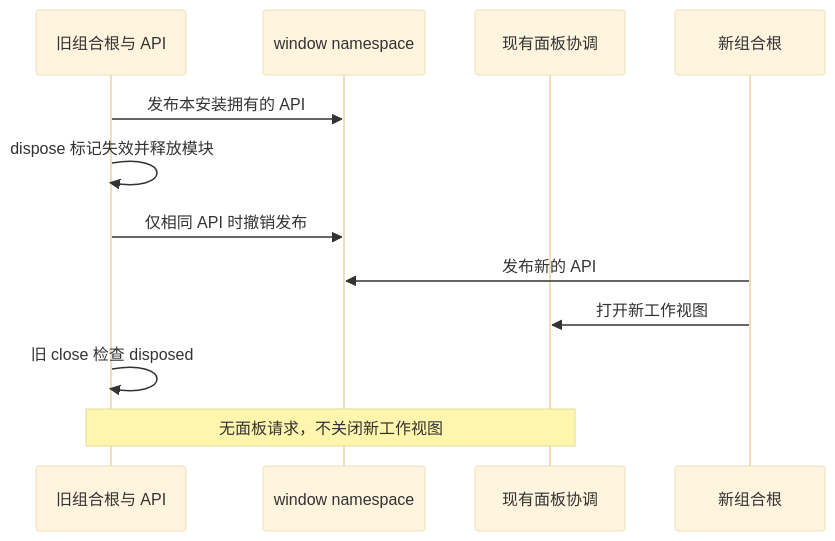
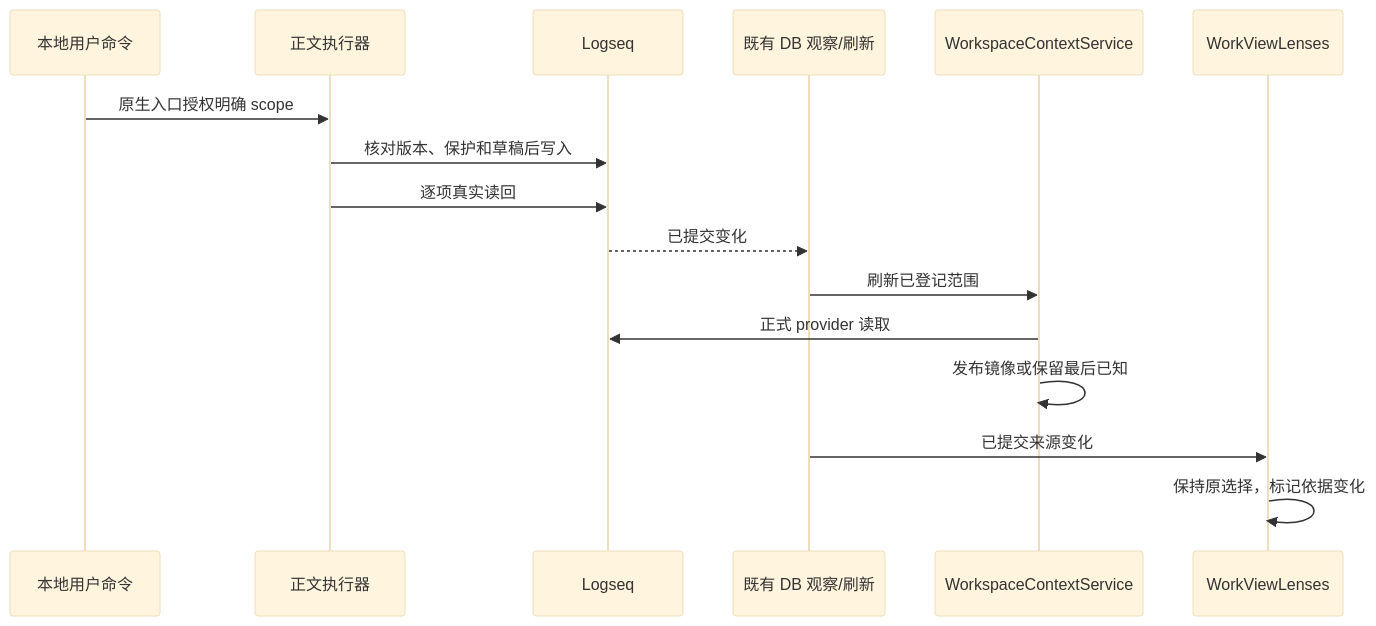
The second of 2 diagrams in docs/architecture/workspace-integration-architecture.md (wrd233/logseq-task-manager), drawn with Mermaid (base theme) before and after one commit. The commit also changed other lines of this file and 2 other files, not shown here.

Commit message:
docs(workspace): document integrated source and verified relocation loop

````diff
--- a/docs/architecture/workspace-integration-architecture.md
+++ b/docs/architecture/workspace-integration-architecture.md
@@ -52,14 +51,18 @@
 ```mermaid
 sequenceDiagram
-  participant Old as 旧组合根与 API
-  participant Host as window namespace
-  participant Panel as 现有面板协调
-  participant New as 新组合根
-  Old->>Host: 发布本安装拥有的 API
-  Old->>Old: dispose 标记失效并释放模块
-  Old->>Host: 仅相同 API 时撤销发布
-  New->>Host: 发布新的 API
-  New->>Panel: 打开新工作视图
-  Old->>Old: 旧 close 检查 disposed
-  Note over Old,Panel: 无面板请求，不关闭新工作视图
+  participant User as 本地用户命令
+  participant Content as 正文执行器
+  participant Graph as Logseq
+  participant Observer as 既有 DB 观察/刷新
+  participant Workspace as WorkspaceContextService
+  participant Lens as WorkViewLenses
+  User->>Content: 原生入口授权明确 scope
+  Content->>Graph: 核对版本、保护和草稿后写入
+  Content->>Graph: 逐项真实读回
+  Graph-->>Observer: 已提交变化
+  Observer->>Workspace: 刷新已登记范围
+  Workspace->>Graph: 正式 provider 读取
+  Workspace->>Workspace: 发布镜像或保留最后已知
+  Observer->>Lens: 已提交来源变化
+  Lens->>Lens: 保持原选择，标记依据变化
 ```
````
